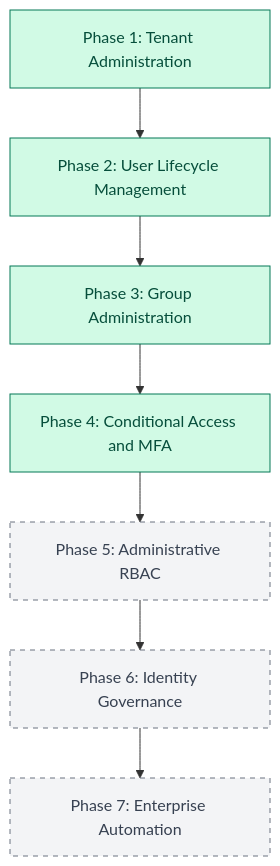
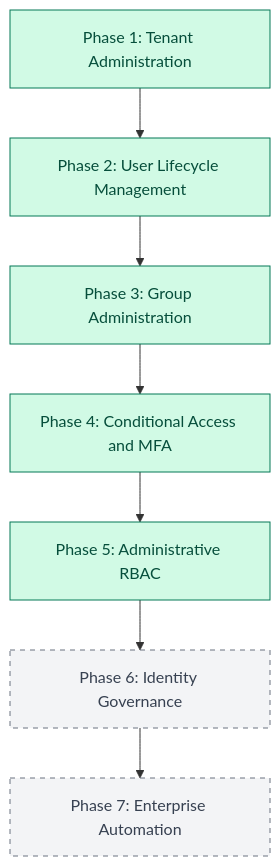
One commit to miuris/Enterprise-Identity-Administration changed the seventh of 7 diagrams in diagrams/architecture.md. Above: the diagram before and after it, drawn with Mermaid. The commit also changed other lines of this file, not shown here.

Commit message:
Update architecture.md
Updated status color progression for RBAC relating diagrams

````diff
--- a/diagrams/architecture.md
+++ b/diagrams/architecture.md
@@ -152,15 +152,15 @@
 ```mermaid
 flowchart TD
     A[Phase 1: Tenant Administration] --> B[Phase 2: User Lifecycle Management]
     B --> C[Phase 3: Group Administration]
     C --> D[Phase 4: Conditional Access and MFA]
     D --> E[Phase 5: Administrative RBAC]
     E --> F[Phase 6: Identity Governance]
     F --> G[Phase 7: Enterprise Automation]
 
     classDef completed fill:#d1fae5,stroke:#047857,color:#064e3b
     classDef planned fill:#f3f4f6,stroke:#6b7280,color:#374151,stroke-dasharray: 5 5
 
-    class A,B,C,D completed
-    class E,F,G planned
+    class A,B,C,D,E completed
+    class ,F,G planned
 ```
````
